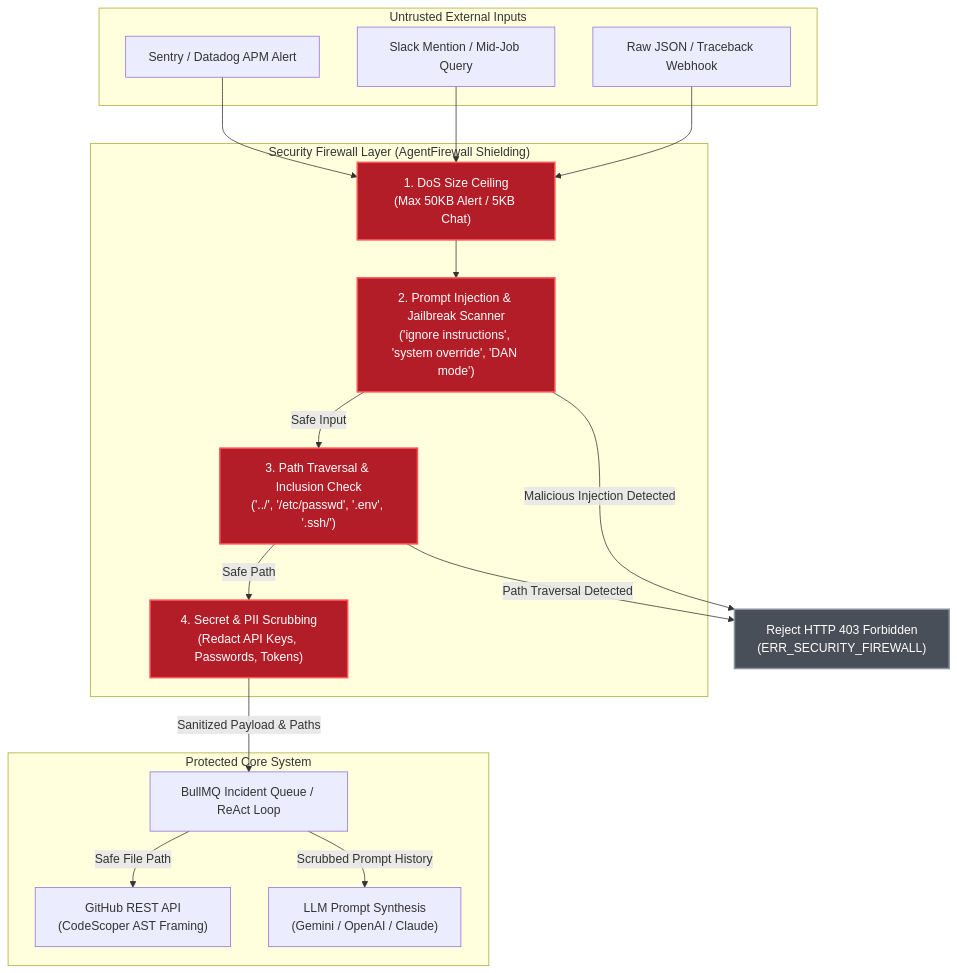
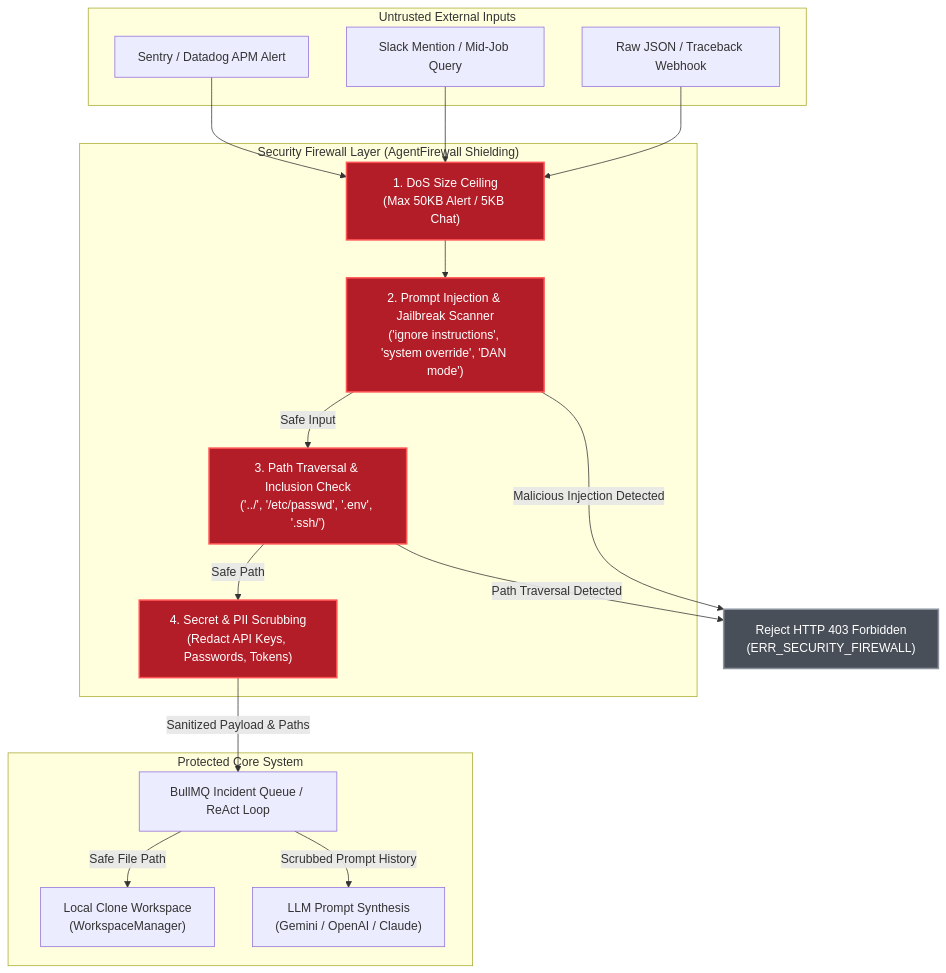
One commit to imshawan/aegis-dapl-agent changed the third of 3 diagrams in docs/architecture.md. Above: the diagram before and after it, drawn with Mermaid. The commit also changed other lines of this file and 14 other files, not shown here.

Commit message:
refactor: migrate remediation and code scoping from GitHub API to a local filesystem WorkspaceManager implementation

````diff
--- a/docs/architecture.md
+++ b/docs/architecture.md
@@ -157,39 +157,39 @@
 ```mermaid
 flowchart TD
     subgraph Untrusted["Untrusted External Inputs"]
         I1["Sentry / Datadog APM Alert"]
         I2["Slack Mention / Mid-Job Query"]
         I3["Raw JSON / Traceback Webhook"]
     end
 
     subgraph Firewall["Security Firewall Layer (AgentFirewall Shielding)"]
         F1["1. DoS Size Ceiling\n(Max 50KB Alert / 5KB Chat)"]
         F2["2. Prompt Injection & Jailbreak Scanner\n('ignore instructions', 'system override', 'DAN mode')"]
         F3["3. Path Traversal & Inclusion Check\n('../', '/etc/passwd', '.env', '.ssh/')"]
         F4["4. Secret & PII Scrubbing\n(Redact API Keys, Passwords, Tokens)"]
     end
 
     subgraph Core["Protected Core System"]
         Q["BullMQ Incident Queue / ReAct Loop"]
-        G["GitHub REST API\n(CodeScoper AST Framing)"]
+        G["Local Clone Workspace\n(WorkspaceManager)"]
         LLM["LLM Prompt Synthesis\n(Gemini / OpenAI / Claude)"]
     end
 
     I1 & I2 & I3 --> F1
     F1 --> F2
     F2 -->|"Safe Input"| F3
     F2 -->|"Malicious Injection Detected"| R1["Reject HTTP 403 Forbidden\n(ERR_SECURITY_FIREWALL)"]
     
     F3 -->|"Safe Path"| F4
     F3 -->|"Path Traversal Detected"| R1
     
     F4 -->|"Sanitized Payload & Paths"| Q
     Q -->|"Safe File Path"| G
     Q -->|"Scrubbed Prompt History"| LLM
 
     style F1 fill:#b31d28,stroke:#ff5252,stroke-width:2px,color:#fff
     style F2 fill:#b31d28,stroke:#ff5252,stroke-width:2px,color:#fff
     style F3 fill:#b31d28,stroke:#ff5252,stroke-width:2px,color:#fff
     style F4 fill:#b31d28,stroke:#ff5252,stroke-width:2px,color:#fff
     style R1 fill:#484f58,stroke:#8b949e,stroke-width:2px,color:#fff
 ```
````
